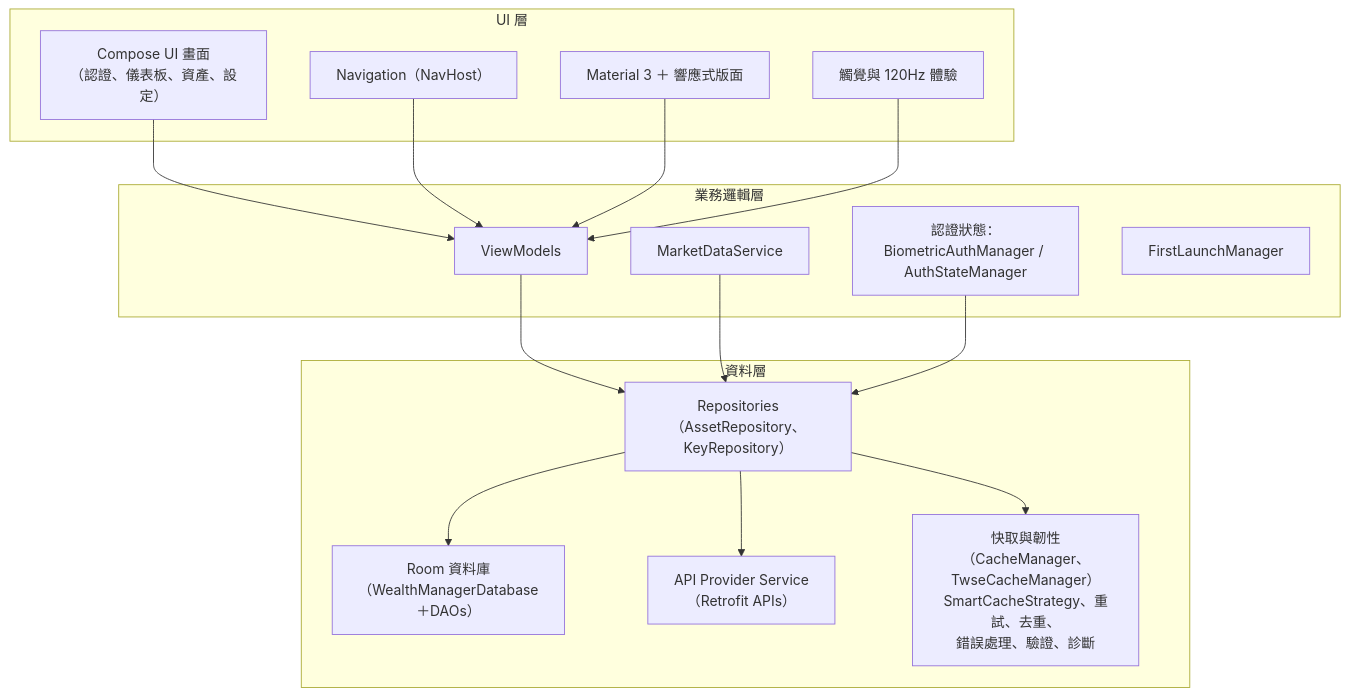
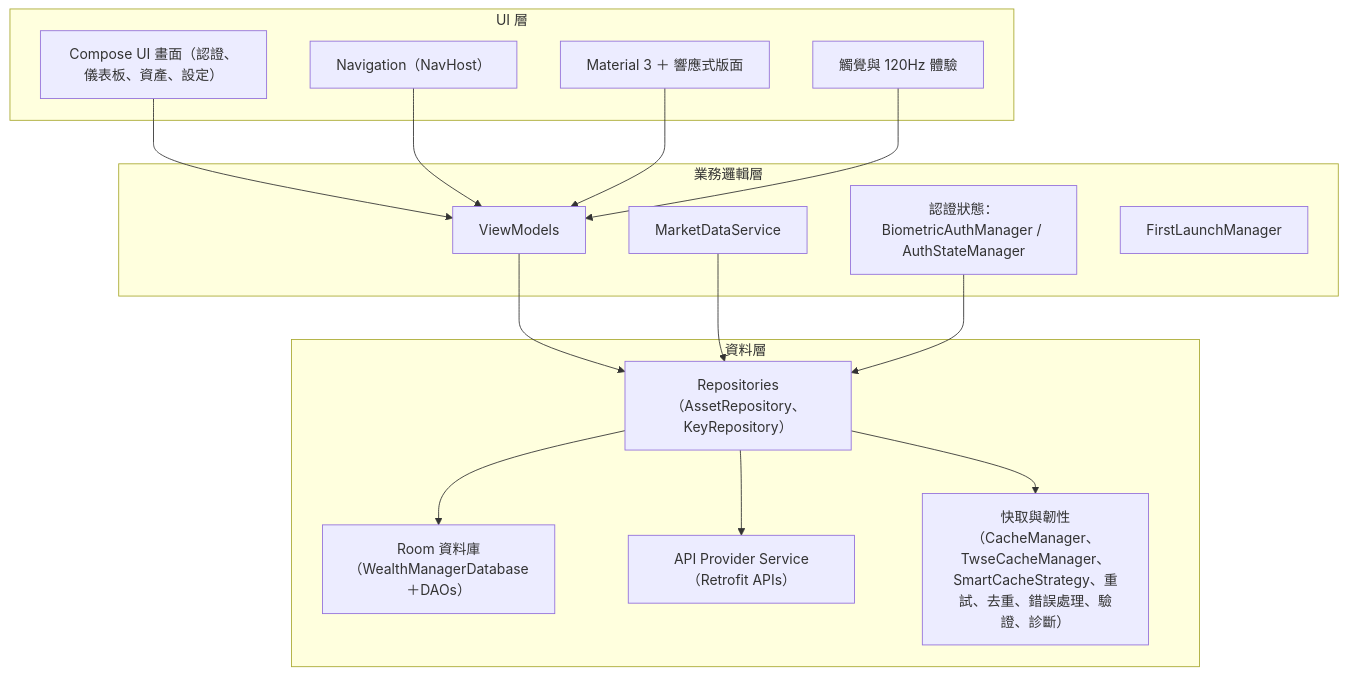
The first of 4 diagrams in README_zh.md (kuoyaoming/Wealth-Manager), drawn with Mermaid before and after one commit. The commit also changed other lines of this file and 1 other file, not shown here.

First line of the commit message:
Update README files to improve diagram formatting and add navigation graph

````diff
--- a/README_zh.md
+++ b/README_zh.md
@@ -108,36 +108,36 @@
 ```mermaid
 graph TB
   subgraph "UI 層"
-    U1[Compose UI 畫面<br/>（認證、儀表板、資產、設定）]
+    U1[Compose UI 畫面（認證、儀表板、資產、設定）]
     U2[Navigation（NavHost）]
     U3[Material 3 ＋ 響應式版面]
     U4[觸覺與 120Hz 體驗]
   end
 
   subgraph "業務邏輯層"
     B1[ViewModels]
     B2[MarketDataService]
     B3[認證狀態：BiometricAuthManager / AuthStateManager]
     B4[FirstLaunchManager]
   end
 
   subgraph "資料層"
-    D1[Repositories<br/>（AssetRepository、KeyRepository）]
-    D2[Room 資料庫<br/>（WealthManagerDatabase＋DAOs）]
-    D3[API Provider Service<br/>（Retrofit APIs）]
-    D4[快取與韌性<br/>（CacheManager、TwseCacheManager）<br/>SmartCacheStrategy、重試、去重、<br/>錯誤處理、驗證、診斷]
+    D1[Repositories（AssetRepository、KeyRepository）]
+    D2[Room 資料庫（WealthManagerDatabase＋DAOs）]
+    D3[API Provider Service（Retrofit APIs）]
+    D4[快取與韌性（CacheManager、TwseCacheManager、SmartCacheStrategy、重試、去重、錯誤處理、驗證、診斷）]
   end
 
   U1 --> B1
   U2 --> B1
   U3 --> B1
   U4 --> B1
 
   B1 --> D1
   B2 --> D1
   B3 --> D1
 
   D1 --> D2
   D1 --> D3
   D1 --> D4
 ```
````
